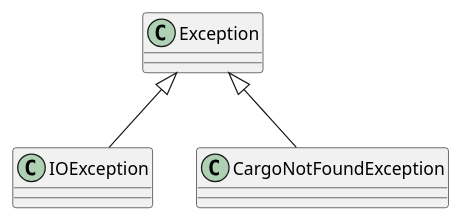
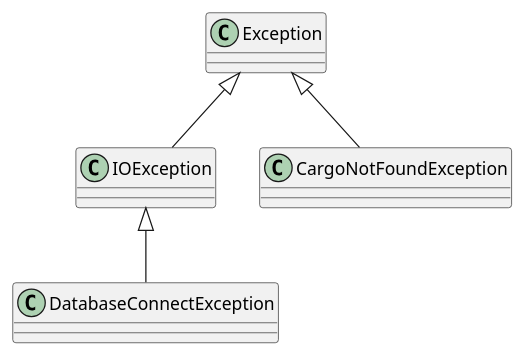
One commit to chatchatabc/ddd-structure-demo changed the diagram in src/main/java/com/chatchatabc/cargo/domain/error/exception-classes.puml. Above: the diagram before and after it, drawn with PlantUML.

Commit message:
docs: polishing

```diff
--- a/src/main/java/com/chatchatabc/cargo/domain/error/exception-classes.puml
+++ b/src/main/java/com/chatchatabc/cargo/domain/error/exception-classes.puml
@@ -1,10 +1,11 @@
 @startuml
 'https://plantuml.com/class-diagram
 
 class Exception
 class IOException
 
 Exception <|-- IOException
 Exception <|-- CargoNotFoundException
+IOException <|-- DatabaseConnectException
 
 @enduml
```
